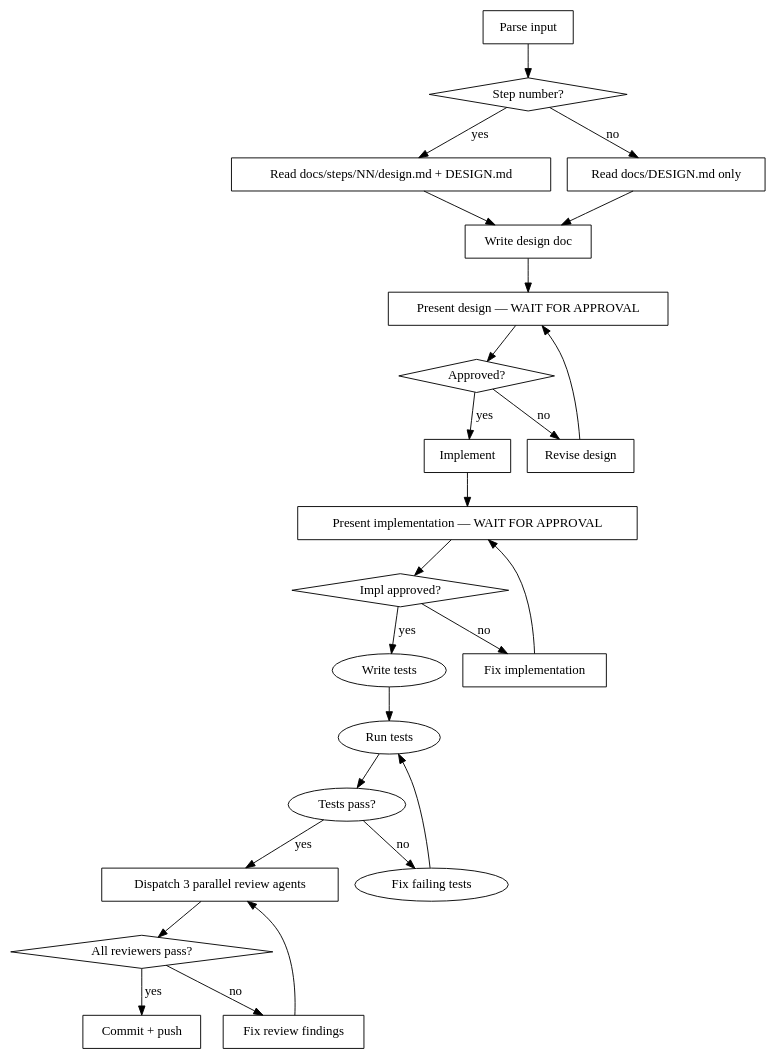
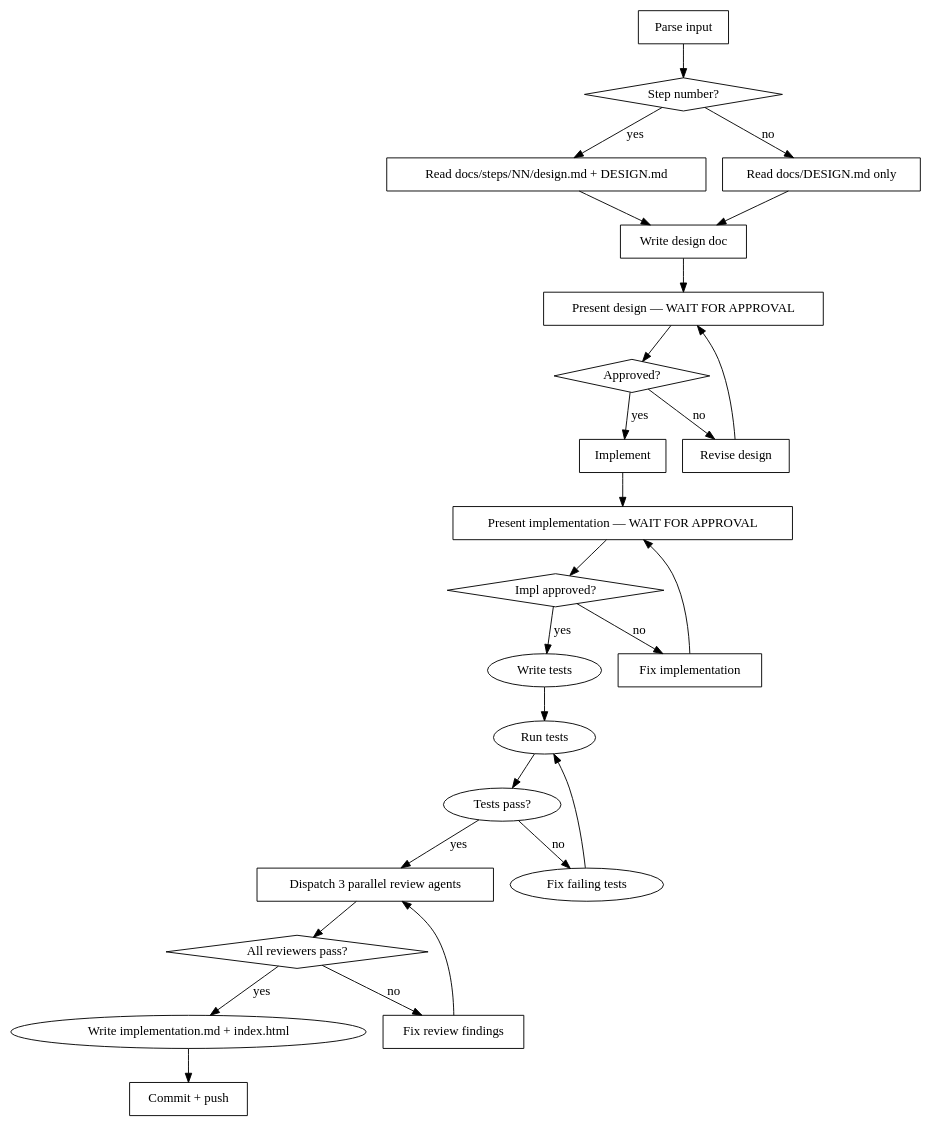
One commit to royscho/playground-rn changed the diagram in .claude/skills/code-gen/SKILL.md. Above: the diagram before and after it, drawn with Graphviz. The commit also changed other lines of this file, not shown here.

Commit message:
chore(dx): add HTML page generation to code-gen skill

````diff
--- a/.claude/skills/code-gen/SKILL.md
+++ b/.claude/skills/code-gen/SKILL.md
@@ -17,45 +17,46 @@
 ```dot
 digraph code_gen {
   "Parse input" [shape=box];
   "Step number?" [shape=diamond];
   "Read docs/steps/NN/design.md + DESIGN.md" [shape=box];
   "Read docs/DESIGN.md only" [shape=box];
   "Write design doc" [shape=box];
   "Present design — WAIT FOR APPROVAL" [shape=box];
   "Approved?" [shape=diamond];
   "Revise design" [shape=box];
   "Implement" [shape=box];
   "Present implementation — WAIT FOR APPROVAL" [shape=box];
   "Impl approved?" [shape=diamond];
   "Fix implementation" [shape=box];
   "Dispatch 3 parallel review agents" [shape=box];
   "All reviewers pass?" [shape=diamond];
   "Fix review findings" [shape=box];
   "Commit + push" [shape=box];
 
   "Parse input" -> "Step number?";
   "Step number?" -> "Read docs/steps/NN/design.md + DESIGN.md" [label="yes"];
   "Step number?" -> "Read docs/DESIGN.md only" [label="no"];
   "Read docs/steps/NN/design.md + DESIGN.md" -> "Write design doc";
   "Read docs/DESIGN.md only" -> "Write design doc";
   "Write design doc" -> "Present design — WAIT FOR APPROVAL";
   "Present design — WAIT FOR APPROVAL" -> "Approved?";
   "Approved?" -> "Revise design" [label="no"];
   "Revise design" -> "Present design — WAIT FOR APPROVAL";
   "Approved?" -> "Implement" [label="yes"];
   "Implement" -> "Present implementation — WAIT FOR APPROVAL";
   "Present implementation — WAIT FOR APPROVAL" -> "Impl approved?";
   "Impl approved?" -> "Fix implementation" [label="no"];
   "Fix implementation" -> "Present implementation — WAIT FOR APPROVAL";
   "Impl approved?" -> "Write tests" [label="yes"];
   "Write tests" -> "Run tests";
   "Run tests" -> "Tests pass?" ;
   "Tests pass?" -> "Fix failing tests" [label="no"];
   "Fix failing tests" -> "Run tests";
   "Tests pass?" -> "Dispatch 3 parallel review agents" [label="yes"];
   "Dispatch 3 parallel review agents" -> "All reviewers pass?";
   "All reviewers pass?" -> "Fix review findings" [label="no"];
   "Fix review findings" -> "Dispatch 3 parallel review agents";
-  "All reviewers pass?" -> "Commit + push" [label="yes"];
+  "All reviewers pass?" -> "Write implementation.md + index.html" [label="yes"];
+  "Write implementation.md + index.html" -> "Commit + push";
 }
 ```
````
